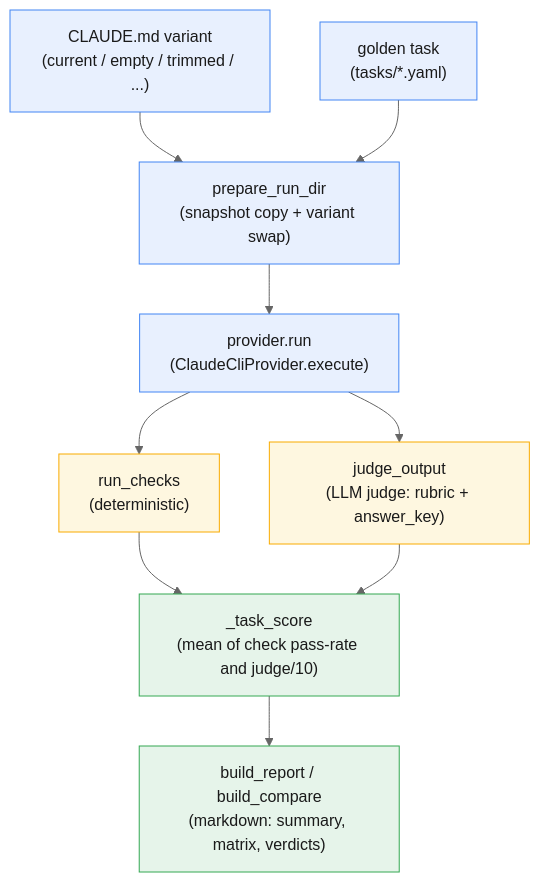
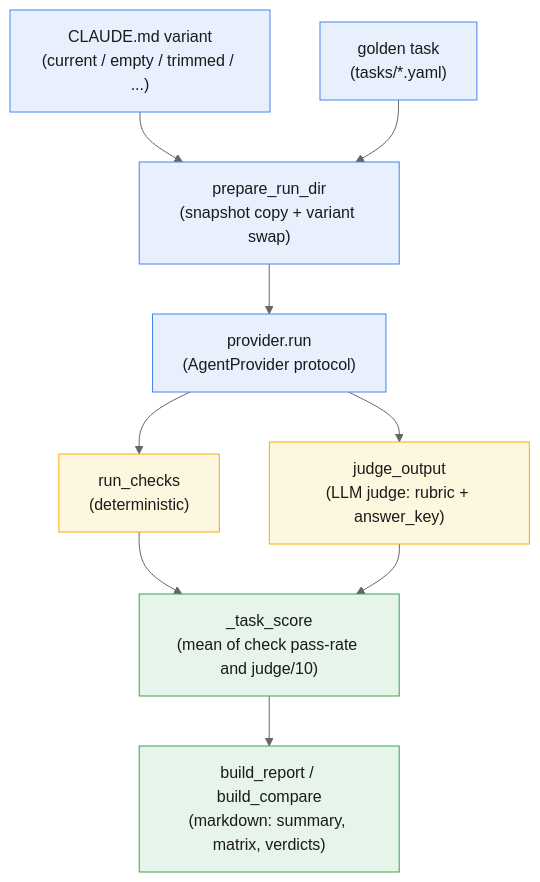
Before and after one commit to blaine-hiers/Gauntlet: the diagram in README.md, drawn with Mermaid (neutral theme).

Commit message:
Fix diagram label: providers expose run(), not execute() (#13)

````diff
--- a/README.md
+++ b/README.md
@@ -24,23 +24,23 @@
 ```mermaid
 flowchart TD
     classDef stage fill:#e8f0fe,stroke:#4285f4,color:#1a1a1a
     classDef gate fill:#fef7e0,stroke:#f9ab00,color:#1a1a1a
     classDef result fill:#e6f4ea,stroke:#34a853,color:#1a1a1a
 
     V["CLAUDE.md variant<br/>(current / empty / trimmed / ...)"]:::stage
     T["golden task<br/>(tasks/*.yaml)"]:::stage
     P["prepare_run_dir<br/>(snapshot copy + variant swap)"]:::stage
-    E["provider.run<br/>(ClaudeCliProvider.execute)"]:::stage
+    E["provider.run<br/>(AgentProvider protocol)"]:::stage
 
     V --> P
     T --> P
     P --> E
 
     E --> D["run_checks<br/>(deterministic)"]:::gate
     E --> J["judge_output<br/>(LLM judge: rubric + answer_key)"]:::gate
 
     D --> S["_task_score<br/>(mean of check pass-rate and judge/10)"]:::result
     J --> S
 
     S --> R["build_report / build_compare<br/>(markdown: summary, matrix, verdicts)"]:::result
 ```
````
